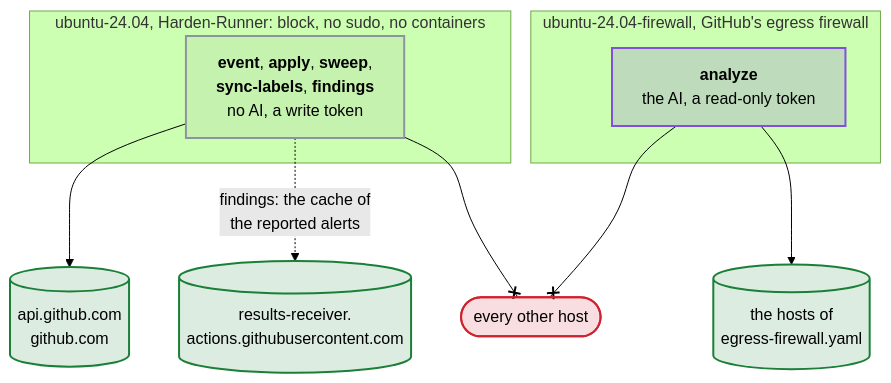
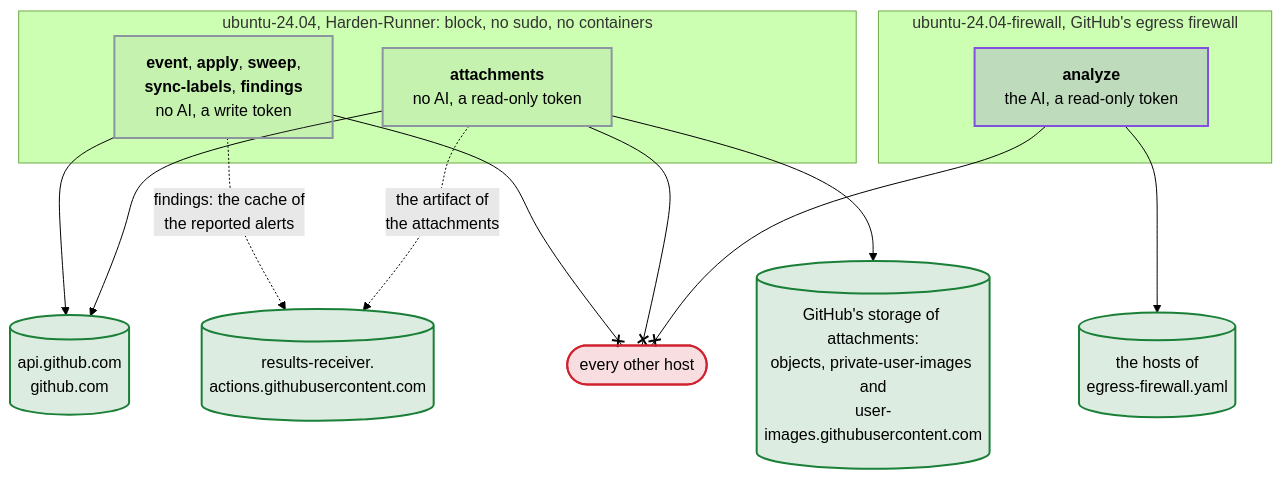
The diagram in docs/diagrams/where-the-jobs-run-and-which-hosts-they-reach.mmd (Dennis-Otto/issue-assistant), drawn with Mermaid (forest theme) before and after one commit. The commit also changed 43 other files, not shown here.

```diff
--- a/docs/diagrams/where-the-jobs-run-and-which-hosts-they-reach.mmd
+++ b/docs/diagrams/where-the-jobs-run-and-which-hosts-they-reach.mmd
@@ -1,22 +1,27 @@
 flowchart TB
   accTitle: Where the jobs run and which hosts they reach
-  accDescr: The jobs event, apply, sweep, sync-labels and findings run on ubuntu-24.04 behind Harden-Runner in block mode, without sudo and containers, and reach api.github.com and github.com; findings also reaches GitHub's results service, results-receiver.actions.githubusercontent.com, for the cache of the alerts that it reported. The job analyze runs on ubuntu-24.04-firewall and reaches the hosts of .github/egress-firewall.yaml. Every other host is blocked for both.
+  accDescr: The jobs event, apply, sweep, sync-labels and findings run on ubuntu-24.04 behind Harden-Runner in block mode, without sudo and containers, and reach api.github.com and github.com; findings also reaches GitHub's results service, results-receiver.actions.githubusercontent.com, for the cache of the alerts that it reported. The job attachments runs there too, without the AI and with a read-only token, and reaches api.github.com, github.com, GitHub's three hosts of the storage of attachments and the results service of its artifact. The job analyze runs on ubuntu-24.04-firewall and reaches the hosts of .github/egress-firewall.yaml. Every other host is blocked for all of them.
   subgraph blocked ["ubuntu-24.04, Harden-Runner: block, no sudo, no containers"]
     writers["`**event**, **apply**, **sweep**,<br>**sync-labels**, **findings**<br>no AI, a write token`"]
+    attachments["`**attachments**<br>no AI, a read-only token`"]
   end
   subgraph firewall ["ubuntu-24.04-firewall, GitHub's egress firewall"]
     analyze["`**analyze**<br>the AI, a read-only token`"]
   end
   writers --> github[("api.github.com<br>github.com")]
   writers -. "findings: the cache of<br>the reported alerts" .-> cache[("results-receiver.<br>actions.githubusercontent.com")]
+  attachments --> github
+  attachments --> storage[("GitHub's storage of attachments:<br>objects, private-user-images and<br>user-images.githubusercontent.com")]
+  attachments -. "the artifact of<br>the attachments" .-> cache
   analyze --> hosts[("the hosts of<br>egress-firewall.yaml")]
   writers --x other(["every other host"])
+  attachments --x other
   analyze --x other
   classDef ai fill:#8250df33,stroke:#8250df,stroke-width:2px
   classDef job fill:#8c959f1f,stroke:#8c959f,stroke-width:2px
   classDef safe fill:#1a7f3726,stroke:#1a7f37,stroke-width:2px
   classDef untrusted fill:#cf222e26,stroke:#cf222e,stroke-width:2px
   class analyze ai
-  class writers job
-  class github,hosts,cache safe
+  class writers,attachments job
+  class github,hosts,cache,storage safe
   class other untrusted
```
